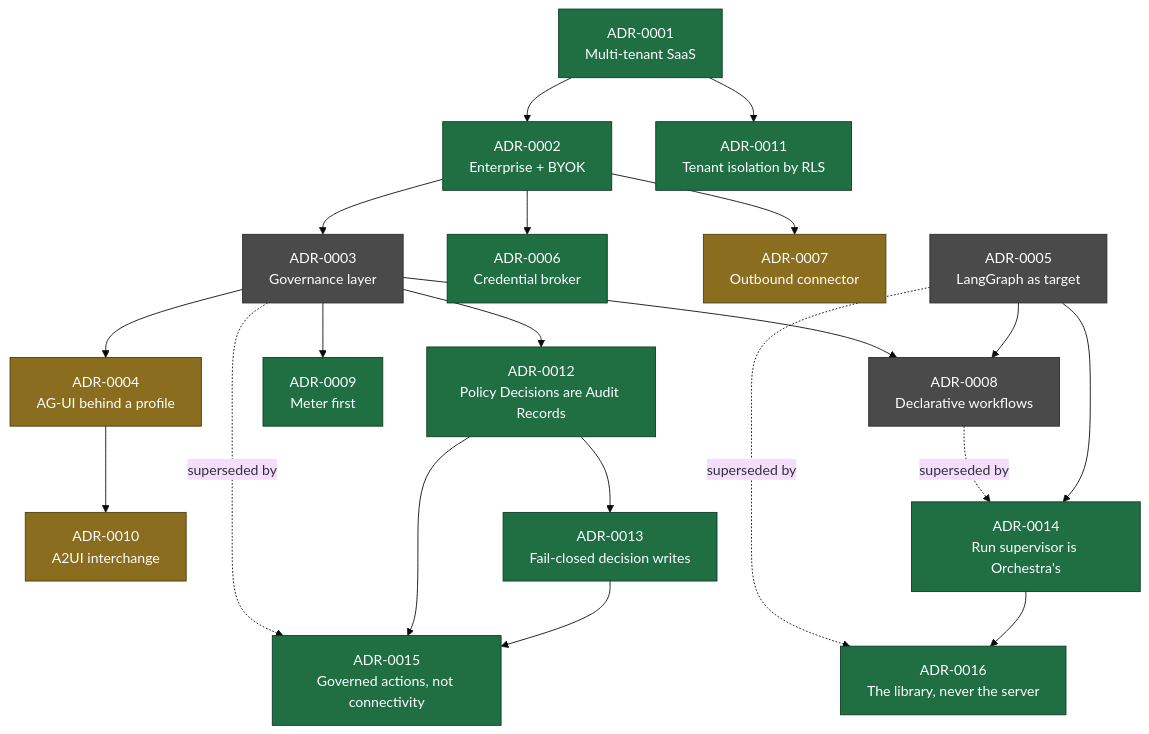
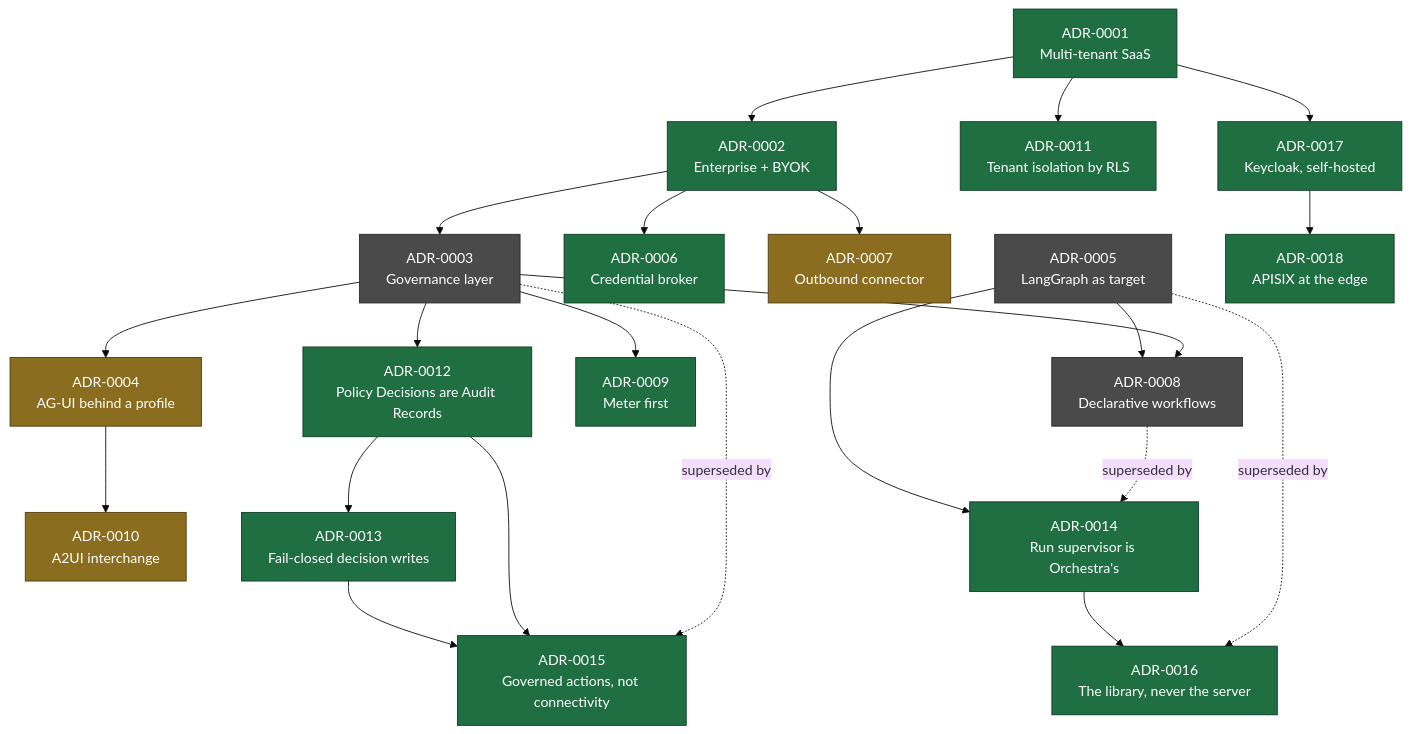
The diagram in docs/adr/README.md (ayesigapaul/orchestra), drawn with Mermaid (base theme) before and after one commit. The commit also changed other lines of this file and 27 other files, not shown here.

````diff
--- a/docs/adr/README.md
+++ b/docs/adr/README.md
@@ -49,29 +51,31 @@
 ```mermaid
 flowchart TD
   A1["ADR-0001<br/>Multi-tenant SaaS"] --> A2["ADR-0002<br/>Enterprise + BYOK"]
   A2 --> A3["ADR-0003<br/>Governance layer"]
   A2 --> A6["ADR-0006<br/>Credential broker"]
   A2 --> A7["ADR-0007<br/>Outbound connector"]
   A3 --> A4["ADR-0004<br/>AG-UI behind a profile"]
   A3 --> A8["ADR-0008<br/>Declarative workflows"]
   A3 --> A9["ADR-0009<br/>Meter first"]
   A5["ADR-0005<br/>LangGraph as target"] --> A8
   A4 --> A10["ADR-0010<br/>A2UI interchange"]
   A1 --> A11["ADR-0011<br/>Tenant isolation by RLS"]
   A3 --> A12["ADR-0012<br/>Policy Decisions are Audit Records"]
   A12 --> A13["ADR-0013<br/>Fail-closed decision writes"]
   A8 -.->|superseded by| A14["ADR-0014<br/>Run supervisor is Orchestra's"]
   A5 --> A14
   A3 -.->|superseded by| A15["ADR-0015<br/>Governed actions, not connectivity"]
   A12 --> A15
   A13 --> A15
   A5 -.->|superseded by| A16["ADR-0016<br/>The library, never the server"]
   A14 --> A16
+  A1 --> A17["ADR-0017<br/>Keycloak, self-hosted"]
+  A17 --> A18["ADR-0018<br/>APISIX at the edge"]
 
   classDef accepted fill:#1f6f43,stroke:#0d3b24,color:#fff;
   classDef proposed fill:#8a6d1f,stroke:#4d3c10,color:#fff;
   classDef superseded fill:#4a4a4a,stroke:#2a2a2a,color:#fff;
-  class A1,A2,A6,A9,A11,A12,A13,A14,A15,A16 accepted;
+  class A1,A2,A6,A9,A11,A12,A13,A14,A15,A16,A17,A18 accepted;
   class A4,A7,A10 proposed;
   class A3,A5,A8 superseded;
 ```
````
